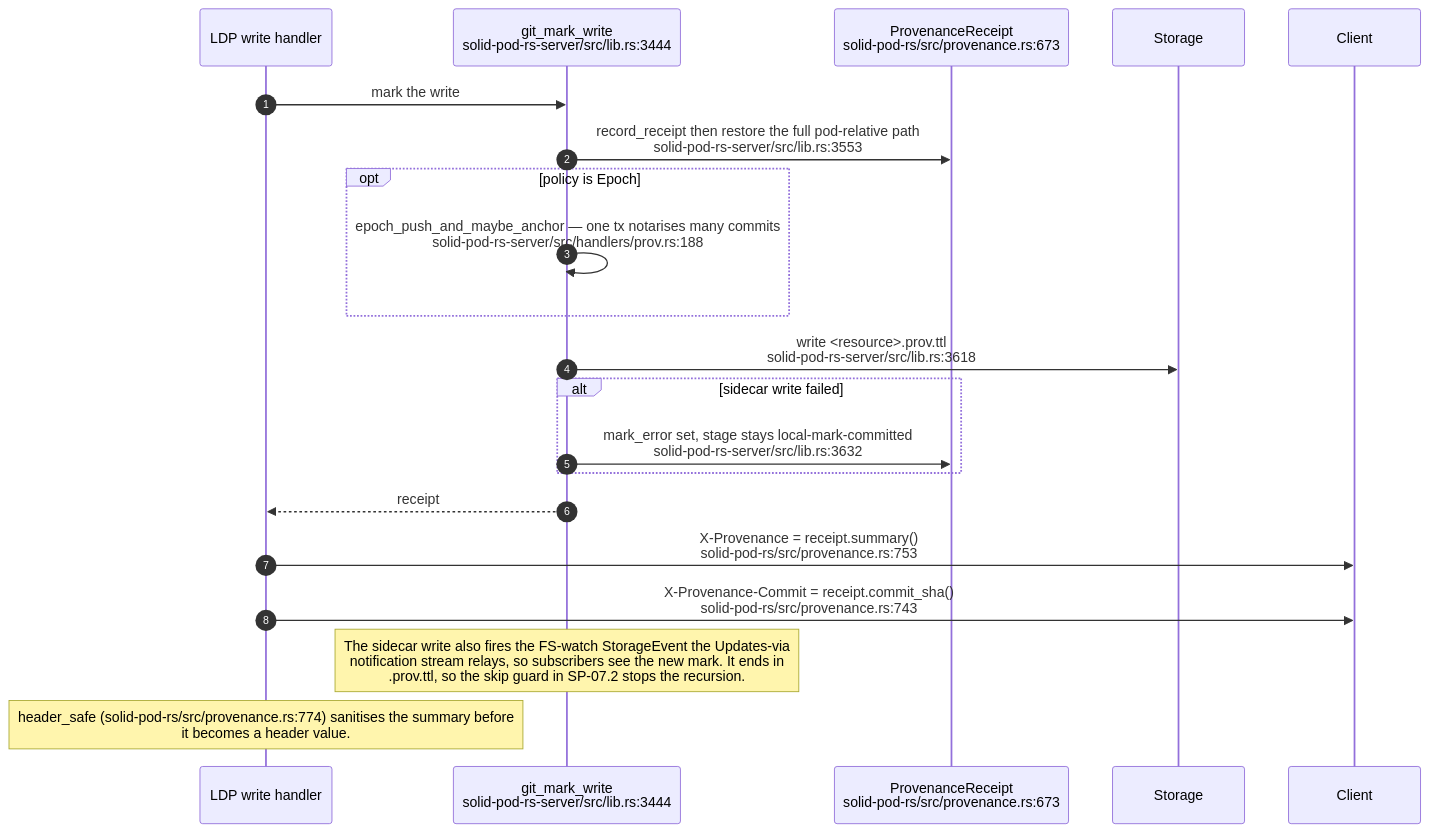
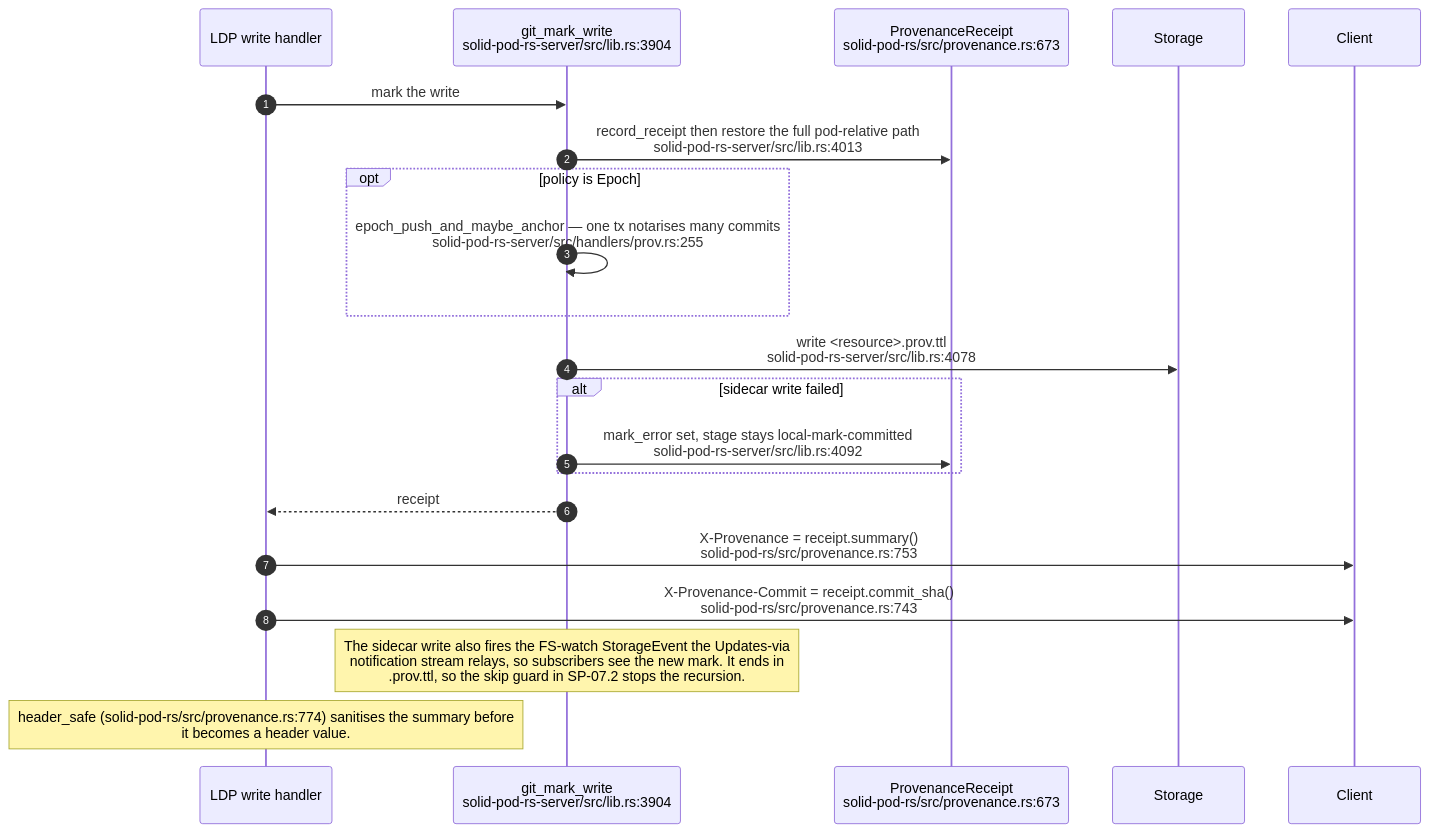
One commit to DreamLab-AI/VisionFlow changed the fifth of 19 diagrams in docs/diagrams/solid-pod-rs/07-provenance-and-payments.md. Above: the diagram before and after it, drawn with Mermaid. The commit also changed other lines of this file and 160 other files, not shown here.

````diff
--- a/docs/diagrams/solid-pod-rs/07-provenance-and-payments.md
+++ b/docs/diagrams/solid-pod-rs/07-provenance-and-payments.md
@@ -165,24 +167,24 @@
 ```mermaid
 sequenceDiagram
     autonumber
     participant H as LDP write handler
-    participant G as git_mark_write<br/>solid-pod-rs-server/src/lib.rs:3444
+    participant G as git_mark_write<br/>solid-pod-rs-server/src/lib.rs:3904
     participant R as ProvenanceReceipt<br/>solid-pod-rs/src/provenance.rs:673
     participant S as Storage
     participant C as Client
 
     H->>G: mark the write
-    G->>R: record_receipt then restore the full pod-relative path<br/>solid-pod-rs-server/src/lib.rs:3553
+    G->>R: record_receipt then restore the full pod-relative path<br/>solid-pod-rs-server/src/lib.rs:4013
     opt policy is Epoch
-        G->>G: epoch_push_and_maybe_anchor — one tx notarises many commits<br/>solid-pod-rs-server/src/handlers/prov.rs:188
+        G->>G: epoch_push_and_maybe_anchor — one tx notarises many commits<br/>solid-pod-rs-server/src/handlers/prov.rs:255
     end
-    G->>S: write <resource>.prov.ttl<br/>solid-pod-rs-server/src/lib.rs:3618
+    G->>S: write <resource>.prov.ttl<br/>solid-pod-rs-server/src/lib.rs:4078
     alt sidecar write failed
-        G->>R: mark_error set, stage stays local-mark-committed<br/>solid-pod-rs-server/src/lib.rs:3632
+        G->>R: mark_error set, stage stays local-mark-committed<br/>solid-pod-rs-server/src/lib.rs:4092
     end
     G-->>H: receipt
     H->>C: X-Provenance = receipt.summary()<br/>solid-pod-rs/src/provenance.rs:753
     H->>C: X-Provenance-Commit = receipt.commit_sha()<br/>solid-pod-rs/src/provenance.rs:743
     Note over G: The sidecar write also fires the FS-watch StorageEvent the Updates-via<br/>notification stream relays, so subscribers see the new mark. It ends in<br/>.prov.ttl, so the skip guard in SP-07.2 stops the recursion.
     Note over H: header_safe (solid-pod-rs/src/provenance.rs:774) sanitises the summary before<br/>it becomes a header value.
 ```
````
